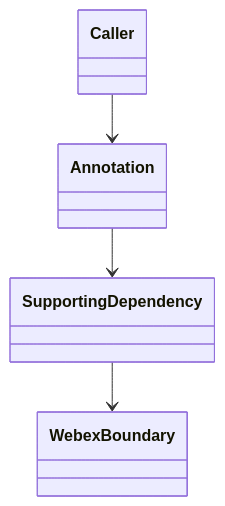
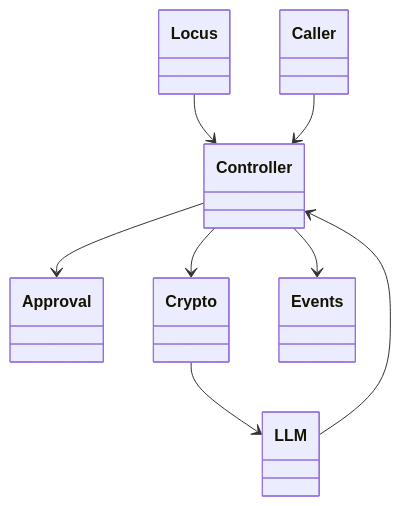
Before and after one commit to webex/webex-js-sdk: the fourth of 5 diagrams in packages/@webex/plugin-meetings/src/annotation/ai-docs/annotation-spec.md, drawn with Mermaid. The commit also changed other lines of this file and 26 other files, not shown here.

````diff
--- a/packages/@webex/plugin-meetings/src/annotation/ai-docs/annotation-spec.md
+++ b/packages/@webex/plugin-meetings/src/annotation/ai-docs/annotation-spec.md
@@ -142,10 +153,17 @@
 ```mermaid
 classDiagram
+  class Locus
+  class Controller
   class Caller
-  class Annotation
-  class SupportingDependency
-  class WebexBoundary
-  Caller --> Annotation
-  Annotation --> SupportingDependency
-  SupportingDependency --> WebexBoundary
+  class Approval
+  class Crypto
+  class LLM
+  class Events
+  Locus --> Controller
+  Caller --> Controller
+  Controller --> Approval
+  Controller --> Crypto
+  Crypto --> LLM
+  LLM --> Controller
+  Controller --> Events
 ```
````
